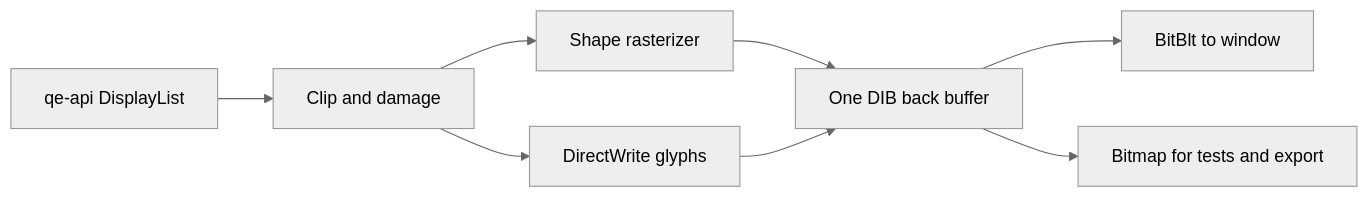
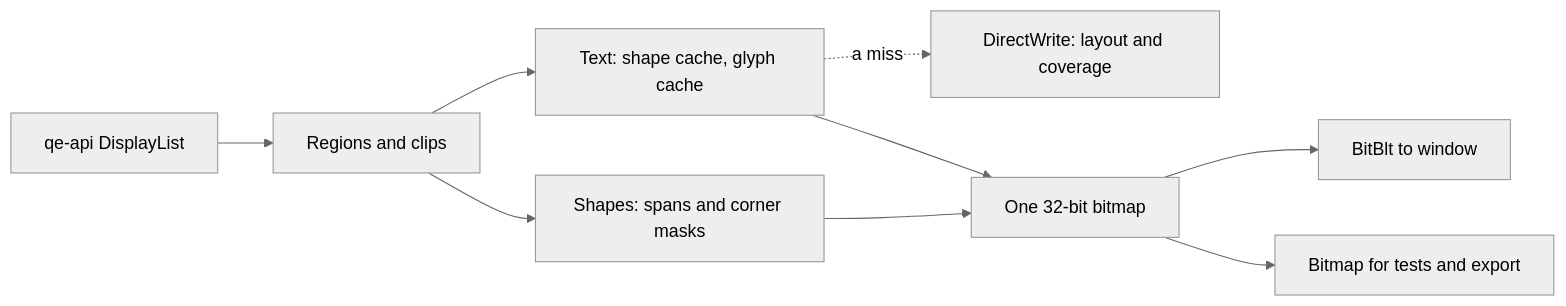
Before and after one commit to wizdes/QuickEdit-Windows: the diagram in crates/qe-render/README.md, drawn with Mermaid (neutral theme). The commit also changed other lines of this file and 19 other files, not shown here.

````diff
--- a/crates/qe-render/README.md
+++ b/crates/qe-render/README.md
@@ -5,10 +5,11 @@
 ```mermaid
 flowchart LR
-  A[qe-api DisplayList] --> B[Clip and damage]
-  B --> C[Shape rasterizer]
-  B --> D[DirectWrite glyphs]
-  C --> E[One DIB back buffer]
+  A[qe-api DisplayList] --> B[Regions and clips]
+  B --> C[Shapes: spans and corner masks]
+  B --> D[Text: shape cache, glyph cache]
+  D -. a miss .-> H[DirectWrite: layout and coverage]
+  C --> E[One 32-bit bitmap]
   D --> E
   E --> F[BitBlt to window]
   E --> G[Bitmap for tests and export]
 ```
````
